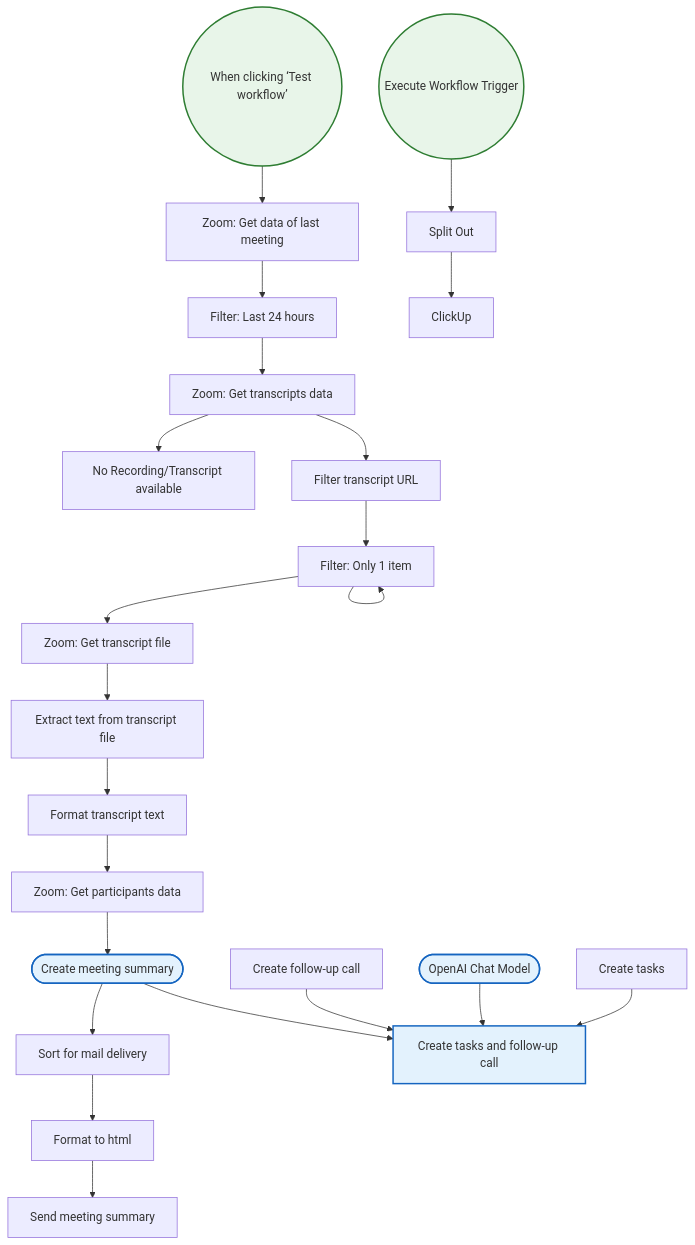
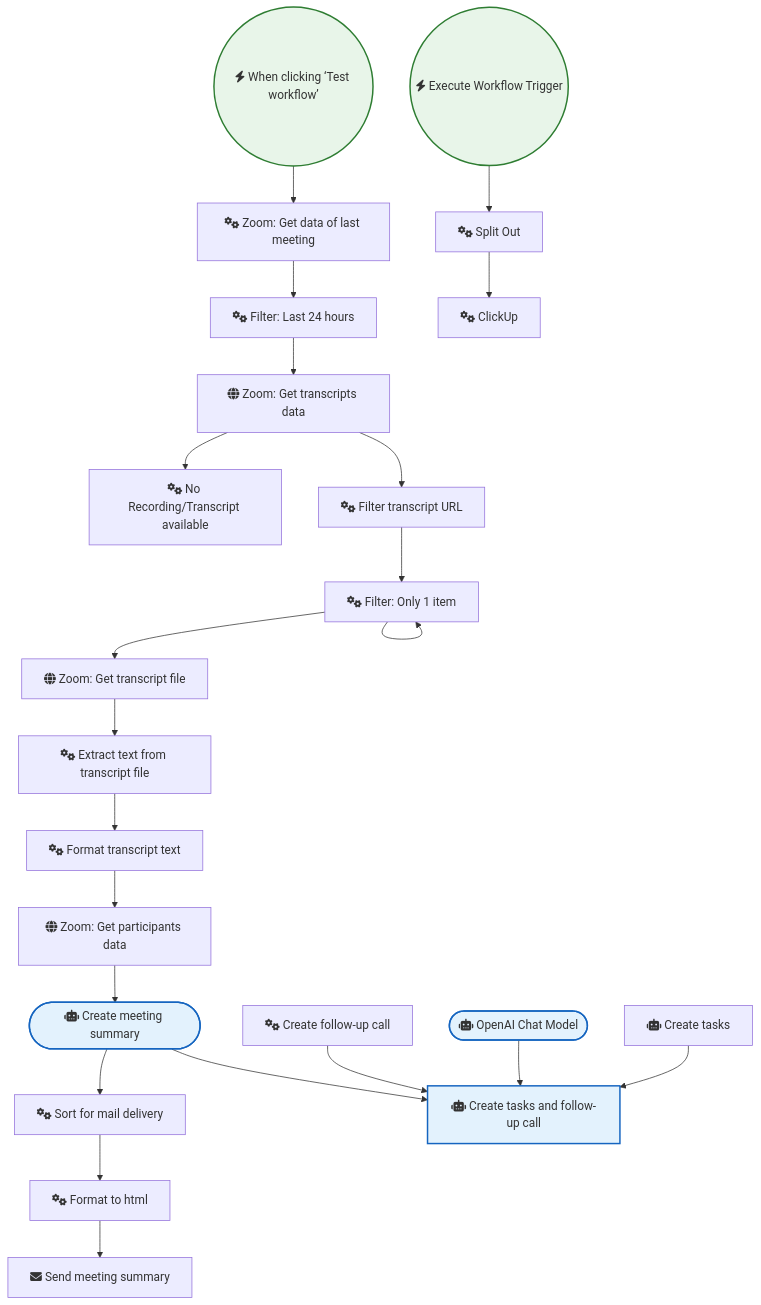
The diagram in Other_Integrations_and_Use_Cases/Zoom Ai Meeting Assistant.md (sreyash3105/N8N-DEMO-AUTOMATIONS), drawn with Mermaid before and after one commit. The commit also changed 291 other files, not shown here.

````diff
--- a/Other_Integrations_and_Use_Cases/Zoom Ai Meeting Assistant.md
+++ b/Other_Integrations_and_Use_Cases/Zoom Ai Meeting Assistant.md
@@ -1,51 +1,51 @@
 ```mermaid
 graph TD
     classDef trigger fill:#e8f5e9,stroke:#2e7d32,stroke-width:2px;
     classDef ai fill:#e3f2fd,stroke:#1565c0,stroke-width:2px;
     classDef logic fill:#fff3e0,stroke:#ef6c00,stroke-width:2px;
 
-    OpenAI_Chat_Model(["OpenAI Chat Model"]):::ai
-    When_clicking__Test_workflow_(("When clicking ‘Test workflow’")):::trigger
-    No_Recording_Transcript_available["No Recording/Transcript available"]
-    Zoom__Get_data_of_last_meeting["Zoom: Get data of last meeting"]
-    Filter_transcript_URL["Filter transcript URL"]
-    Filter__Only_1_item["Filter: Only 1 item"]
-    Zoom__Get_transcript_file["Zoom: Get transcript file"]
-    Extract_text_from_transcript_file["Extract text from transcript file"]
-    Format_transcript_text["Format transcript text"]
-    Zoom__Get_participants_data["Zoom: Get participants data"]
-    Create_meeting_summary(["Create meeting summary"]):::ai
-    Sort_for_mail_delivery["Sort for mail delivery"]
-    Format_to_html["Format to html"]
-    Send_meeting_summary["Send meeting summary"]
-    Create_tasks["Create tasks"]
-    Create_tasks_and_follow_up_call["Create tasks and follow-up call"]:::ai
-    Create_follow_up_call["Create follow-up call"]
-    Filter__Last_24_hours["Filter: Last 24 hours"]
-    Execute_Workflow_Trigger(("Execute Workflow Trigger")):::trigger
-    Split_Out["Split Out"]
-    ClickUp["ClickUp"]
-    Zoom__Get_transcripts_data["Zoom: Get transcripts data"]
+    OpenAI_Chat_Model(["fas:fa-robot OpenAI Chat Model"]):::ai
+    When_clicking__Test_workflow_(("fas:fa-bolt When clicking ‘Test workflow’")):::trigger
+    No_Recording_Transcript_available["fas:fa-cogs No Recording/Transcript available"]
+    Zoom__Get_data_of_last_meeting["fas:fa-cogs Zoom: Get data of last meeting"]
+    Filter_transcript_URL["fas:fa-cogs Filter transcript URL"]
+    Filter__Only_1_item["fas:fa-cogs Filter: Only 1 item"]
+    Zoom__Get_transcript_file["fas:fa-globe Zoom: Get transcript file"]
+    Extract_text_from_transcript_file["fas:fa-cogs Extract text from transcript file"]
+    Format_transcript_text["fas:fa-cogs Format transcript text"]
+    Zoom__Get_participants_data["fas:fa-globe Zoom: Get participants data"]
+    Create_meeting_summary(["fas:fa-robot Create meeting summary"]):::ai
+    Sort_for_mail_delivery["fas:fa-cogs Sort for mail delivery"]
+    Format_to_html["fas:fa-cogs Format to html"]
+    Send_meeting_summary["fas:fa-envelope Send meeting summary"]
+    Create_tasks["fas:fa-robot Create tasks"]
+    Create_tasks_and_follow_up_call["fas:fa-robot Create tasks and follow-up call"]:::ai
+    Create_follow_up_call["fas:fa-cogs Create follow-up call"]
+    Filter__Last_24_hours["fas:fa-cogs Filter: Last 24 hours"]
+    Execute_Workflow_Trigger(("fas:fa-bolt Execute Workflow Trigger")):::trigger
+    Split_Out["fas:fa-cogs Split Out"]
+    ClickUp["fas:fa-cogs ClickUp"]
+    Zoom__Get_transcripts_data["fas:fa-globe Zoom: Get transcripts data"]
 
     Split_Out --> ClickUp
     Create_tasks --> Create_tasks_and_follow_up_call
     Format_to_html --> Send_meeting_summary
     OpenAI_Chat_Model --> Create_tasks_and_follow_up_call
     Filter__Only_1_item --> Filter__Only_1_item
     Filter__Only_1_item --> Zoom__Get_transcript_file
     Create_follow_up_call --> Create_tasks_and_follow_up_call
     Filter_transcript_URL --> Filter__Only_1_item
     Filter__Last_24_hours --> Zoom__Get_transcripts_data
     Create_meeting_summary --> Sort_for_mail_delivery
     Create_meeting_summary --> Create_tasks_and_follow_up_call
     Format_transcript_text --> Zoom__Get_participants_data
     Sort_for_mail_delivery --> Format_to_html
     Execute_Workflow_Trigger --> Split_Out
     Zoom__Get_transcript_file --> Extract_text_from_transcript_file
     Zoom__Get_transcripts_data --> Filter_transcript_URL
     Zoom__Get_transcripts_data --> No_Recording_Transcript_available
     Zoom__Get_participants_data --> Create_meeting_summary
     Zoom__Get_data_of_last_meeting --> Filter__Last_24_hours
     Extract_text_from_transcript_file --> Format_transcript_text
     When_clicking__Test_workflow_ --> Zoom__Get_data_of_last_meeting
 ```
````
